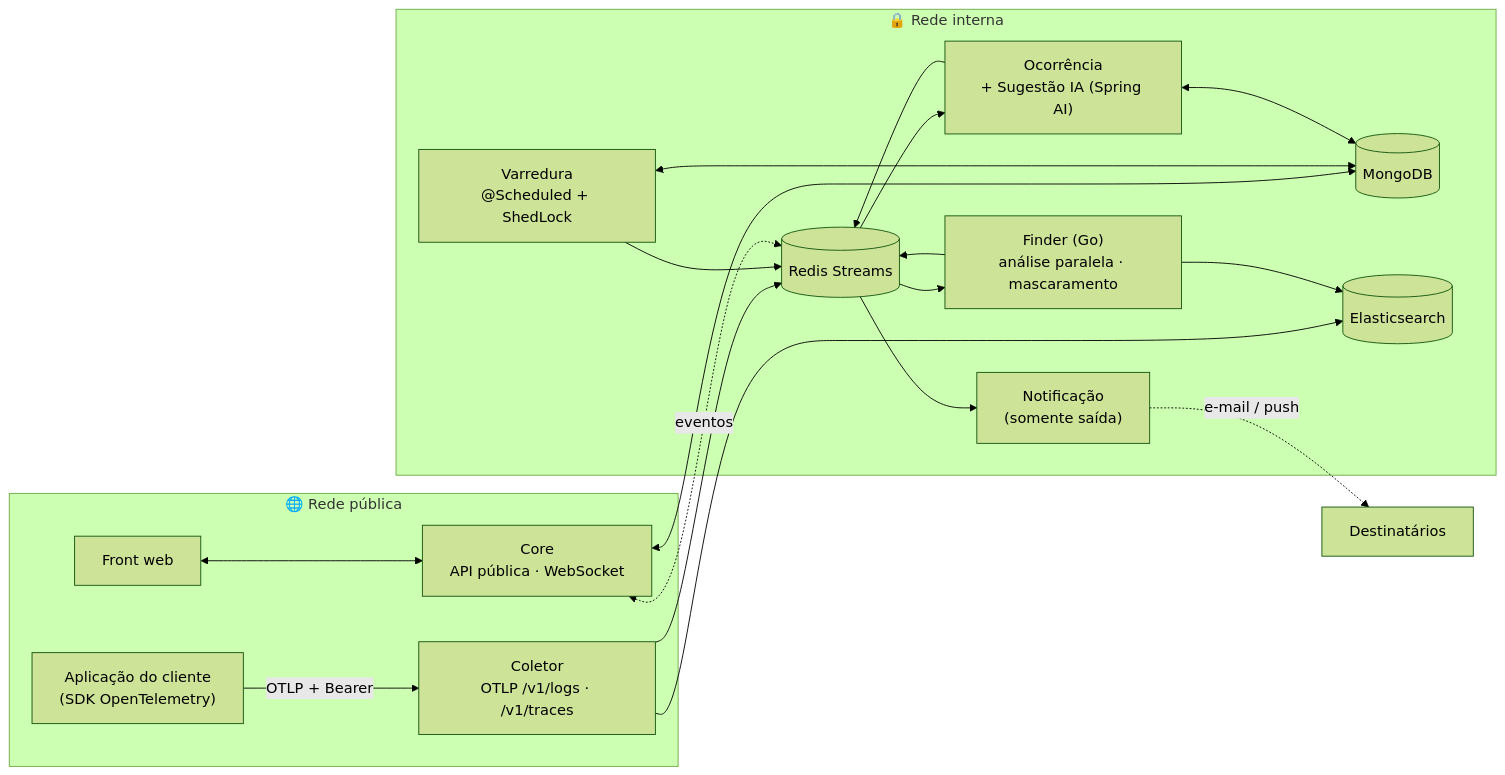
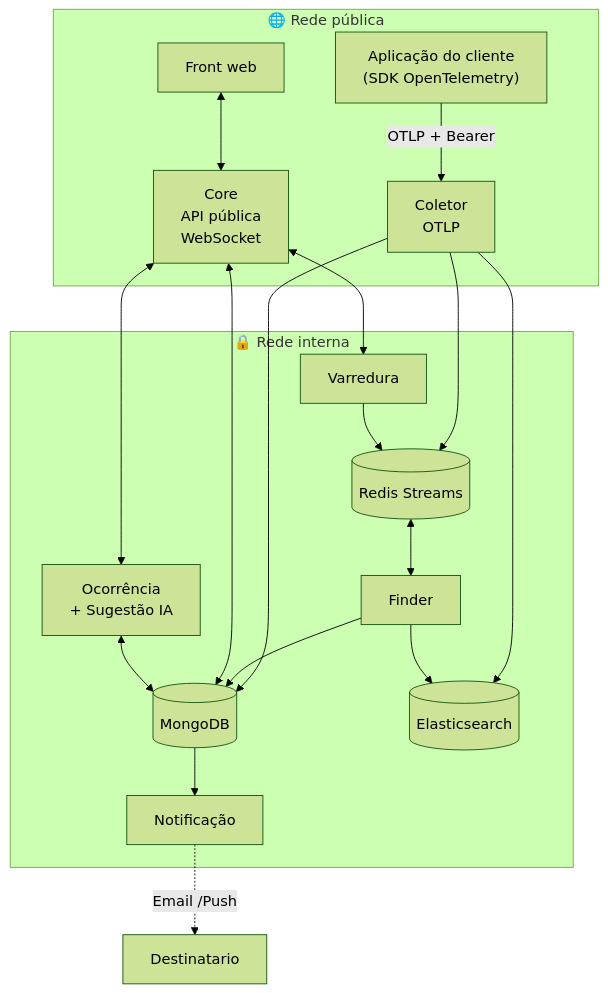
One commit to LhamaLog/.github changed the diagram in profile/README.md. Above: the diagram before and after it, drawn with Mermaid (forest theme).

Commit message:
LLT-79 Inicialização do Projeto no Github
Ajustando diagrama Mermind

````diff
--- a/profile/README.md
+++ b/profile/README.md
@@ -40,36 +40,30 @@
 ```mermaid
-flowchart LR
-    subgraph Publico["🌐 Rede pública"]
-        APP["Aplicação do cliente<br/>(SDK OpenTelemetry)"]
+flowchart TB
+ subgraph Publico["🌐 Rede pública"]
+        APP["Aplicação do cliente<br>(SDK OpenTelemetry)"]
         FRONT["Front web"]
-        COLETOR["Coletor<br/>OTLP /v1/logs · /v1/traces"]
-        CORE["Core<br/>API pública · WebSocket"]
-    end
-
-    subgraph Interna["🔒 Rede interna"]
+        COLETOR["Coletor<br>OTLP"]
+        CORE["Core<br>API pública<br>WebSocket"]
+  end
+ subgraph Interna["🔒 Rede interna"]
         FILA[("Redis Streams")]
-        VARREDURA["Varredura<br/>@Scheduled + ShedLock"]
-        FINDER["Finder (Go)<br/>análise paralela · mascaramento"]
-        OCORRENCIA["Ocorrência<br/>+ Sugestão IA (Spring AI)"]
-        NOTIFICACAO["Notificação<br/>(somente saída)"]
+        VARREDURA["Varredura"]
+        FINDER["Finder"]
+        OCORRENCIA["Ocorrência<br>+ Sugestão IA"]
         MONGO[("MongoDB")]
         ES[("Elasticsearch")]
-    end
+        Notificacao["Notificação"]
+  end
+    APP -- OTLP + Bearer --> COLETOR
+    FRONT <--> CORE
+    COLETOR --> ES & FILA & MONGO
+    VARREDURA --> FILA
+    FILA <--> FINDER
+    FINDER --> ES & MONGO
+    CORE <--> MONGO & VARREDURA & OCORRENCIA
+    OCORRENCIA <--> MONGO
+    Notificacao -. Email /Push .-> Destinatario["Destinatario"]
+    MONGO --> Notificacao
 
-    APP -- "OTLP + Bearer" --> COLETOR
-    FRONT <--> CORE
-    COLETOR --> ES
-    COLETOR --> FILA
-    VARREDURA --> FILA
-    FILA --> FINDER
-    FINDER --> ES
-    FINDER --> FILA
-    FILA --> OCORRENCIA
-    OCORRENCIA --> FILA
-    FILA --> NOTIFICACAO
-    CORE <--> MONGO
-    VARREDURA <--> MONGO
-    OCORRENCIA <--> MONGO
-    NOTIFICACAO -. "e-mail / push" .-> EXT["Destinatários"]
-    CORE <-. "eventos" .-> FILA
+    CORE@{ shape: rect}
 ```
````
